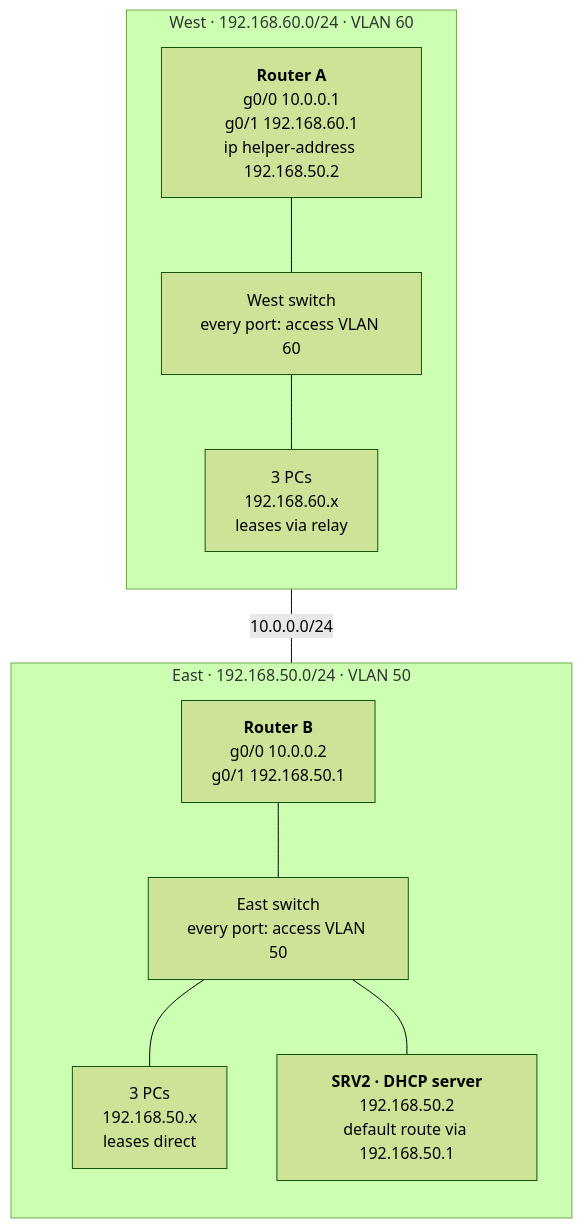
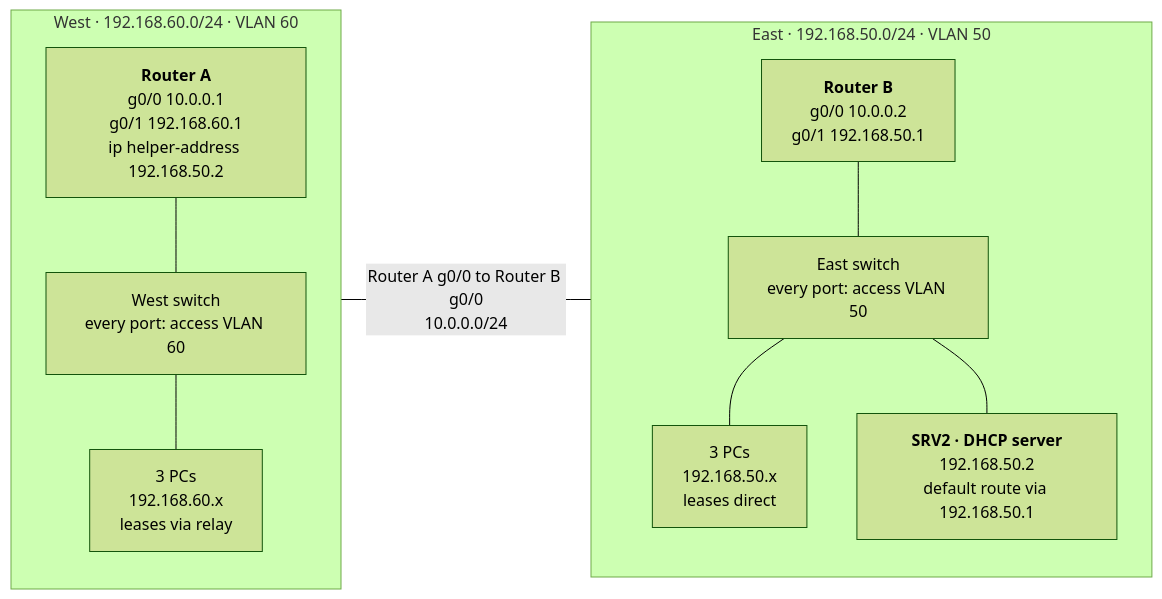
The diagram in README.md (ishowstech-z/two-network-dhcp-relay-lab), drawn with Mermaid (forest theme) before and after one commit.

Commit message:
Revise flowchart in README for better representation
Updated the flowchart to improve clarity and detail.

````diff
--- a/README.md
+++ b/README.md
@@ -5,21 +5,21 @@
 ```mermaid
-flowchart TB
+flowchart LR
     subgraph WEST["West · 192.168.60.0/24 · VLAN 60"]
         direction TB
         RA["<b>Router A</b><br/>g0/0 10.0.0.1<br/>g0/1 192.168.60.1<br/>ip helper-address 192.168.50.2"]
         SWW["West switch<br/>every port: access VLAN 60"]
         PCW["3 PCs<br/>192.168.60.x<br/>leases via relay"]
         RA --- SWW --- PCW
     end
     subgraph EAST["East · 192.168.50.0/24 · VLAN 50"]
         direction TB
         RB["<b>Router B</b><br/>g0/0 10.0.0.2<br/>g0/1 192.168.50.1"]
         SWE["East switch<br/>every port: access VLAN 50"]
         PCE["3 PCs<br/>192.168.50.x<br/>leases direct"]
         SRV["<b>SRV2 · DHCP server</b><br/>192.168.50.2<br/>default route via 192.168.50.1"]
         RB --- SWE
         SWE --- PCE
         SWE --- SRV
     end
-    RA ---|"10.0.0.0/24"| RB
+    WEST ---|"Router A g0/0 to Router B g0/0<br/>10.0.0.0/24"| EAST
 ```
````
